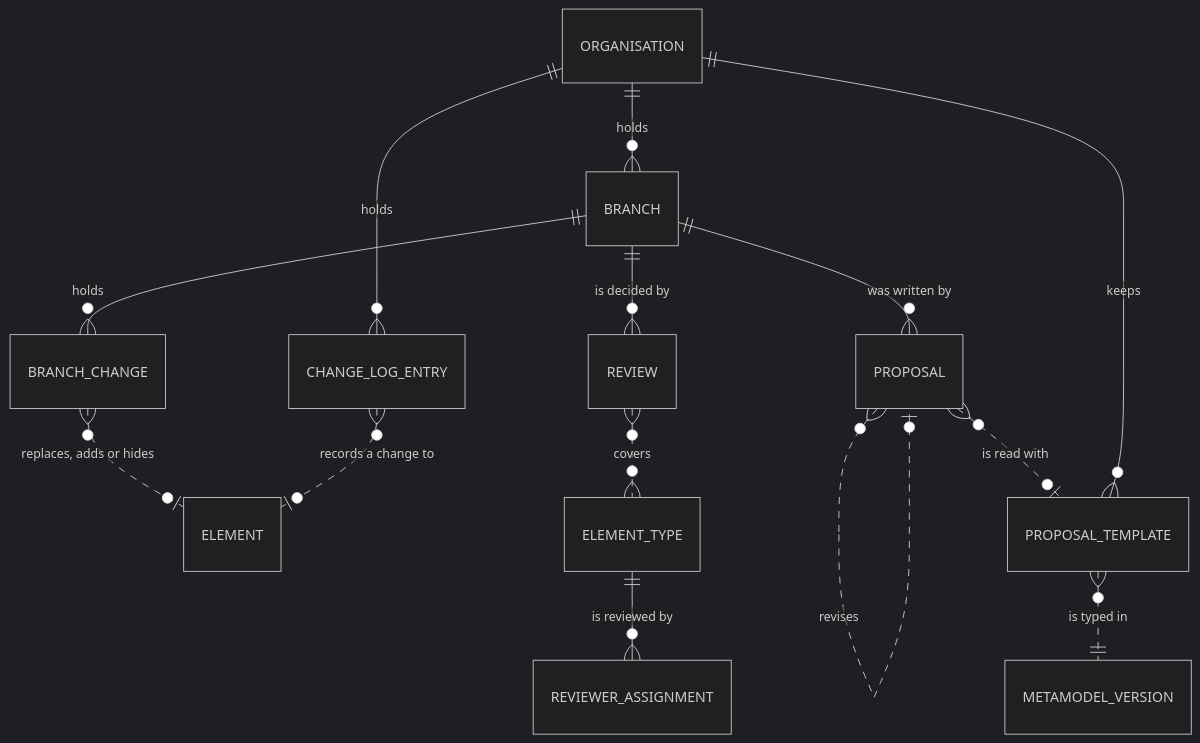
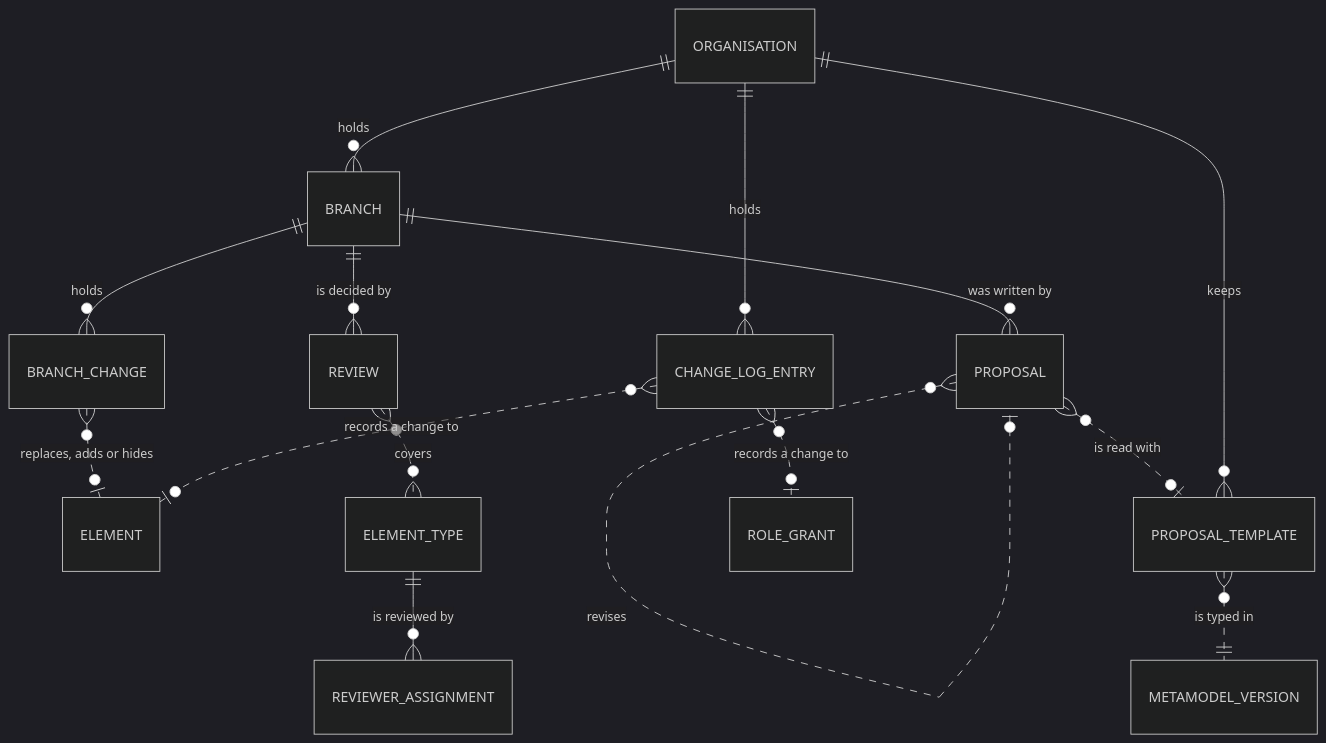
One commit to roanboc/dbx-enterprise-architecture changed the fifth of 6 diagrams in architecture/3_information/2_conceptual-data-model.md. Above: the diagram before and after it, drawn with Mermaid (dark theme). The commit also changed other lines of this file and 11 other files, not shown here.

First line of the commit message:
docs(architecture): initiative 28 drafted for Understanding — users and roles

````diff
--- a/architecture/3_information/2_conceptual-data-model.md
+++ b/architecture/3_information/2_conceptual-data-model.md
@@ -144,16 +145,17 @@
 ```mermaid
 erDiagram
   ORGANISATION ||--o{ BRANCH : "holds"
   BRANCH ||--o{ BRANCH_CHANGE : "holds"
   BRANCH_CHANGE }o..o| ELEMENT : "replaces, adds or hides"
   BRANCH ||--o{ REVIEW : "is decided by"
   BRANCH ||--o{ PROPOSAL : "was written by"
   PROPOSAL }o..o| PROPOSAL : "revises"
   PROPOSAL }o..o| PROPOSAL_TEMPLATE : "is read with"
   ORGANISATION ||--o{ PROPOSAL_TEMPLATE : "keeps"
   PROPOSAL_TEMPLATE }o..|| METAMODEL_VERSION : "is typed in"
   ELEMENT_TYPE ||--o{ REVIEWER_ASSIGNMENT : "is reviewed by"
   REVIEW }o..o{ ELEMENT_TYPE : "covers"
   ORGANISATION ||--o{ CHANGE_LOG_ENTRY : "holds"
   CHANGE_LOG_ENTRY }o..o| ELEMENT : "records a change to"
+  CHANGE_LOG_ENTRY }o..o| ROLE_GRANT : "records a change to"
 ```
````
